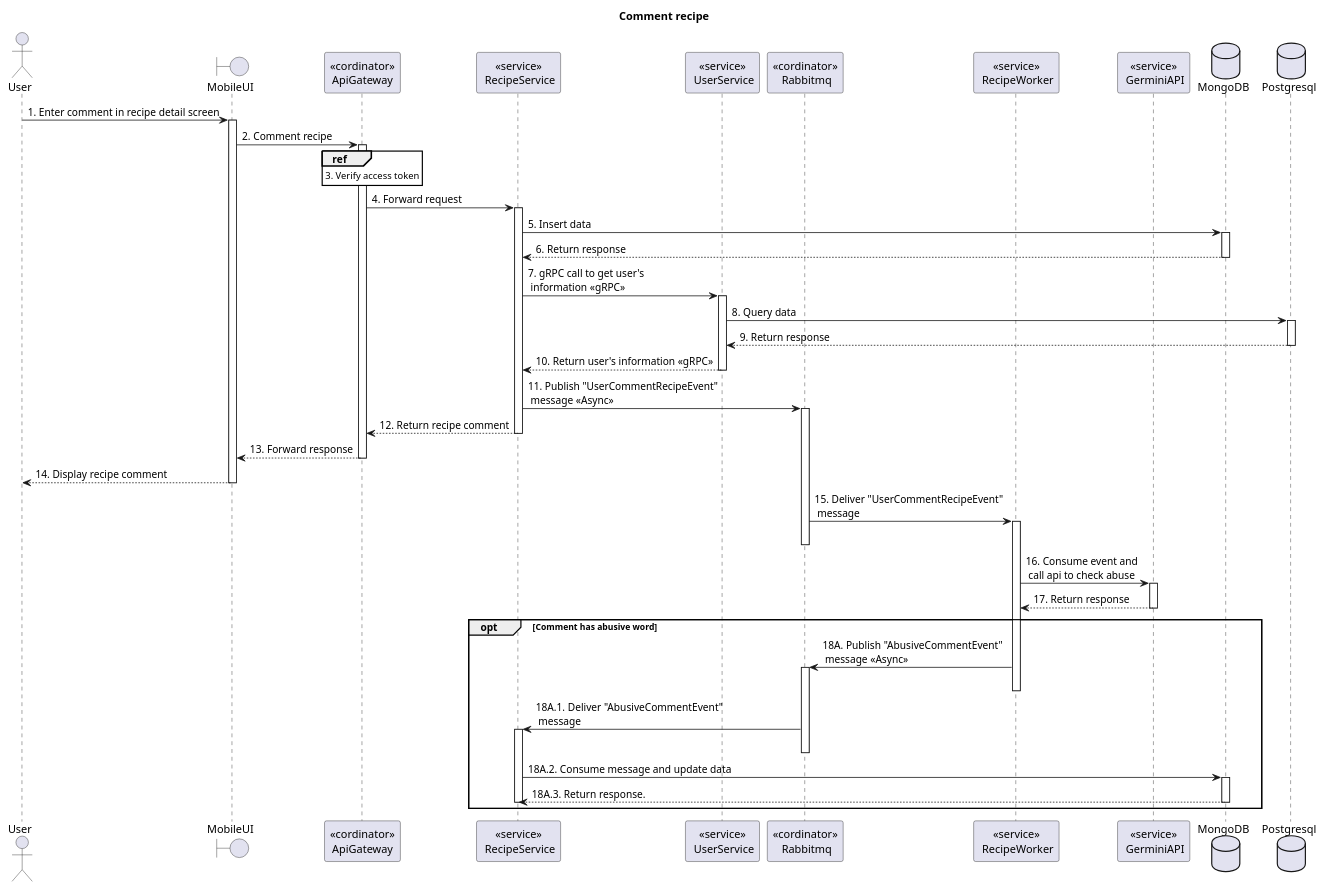
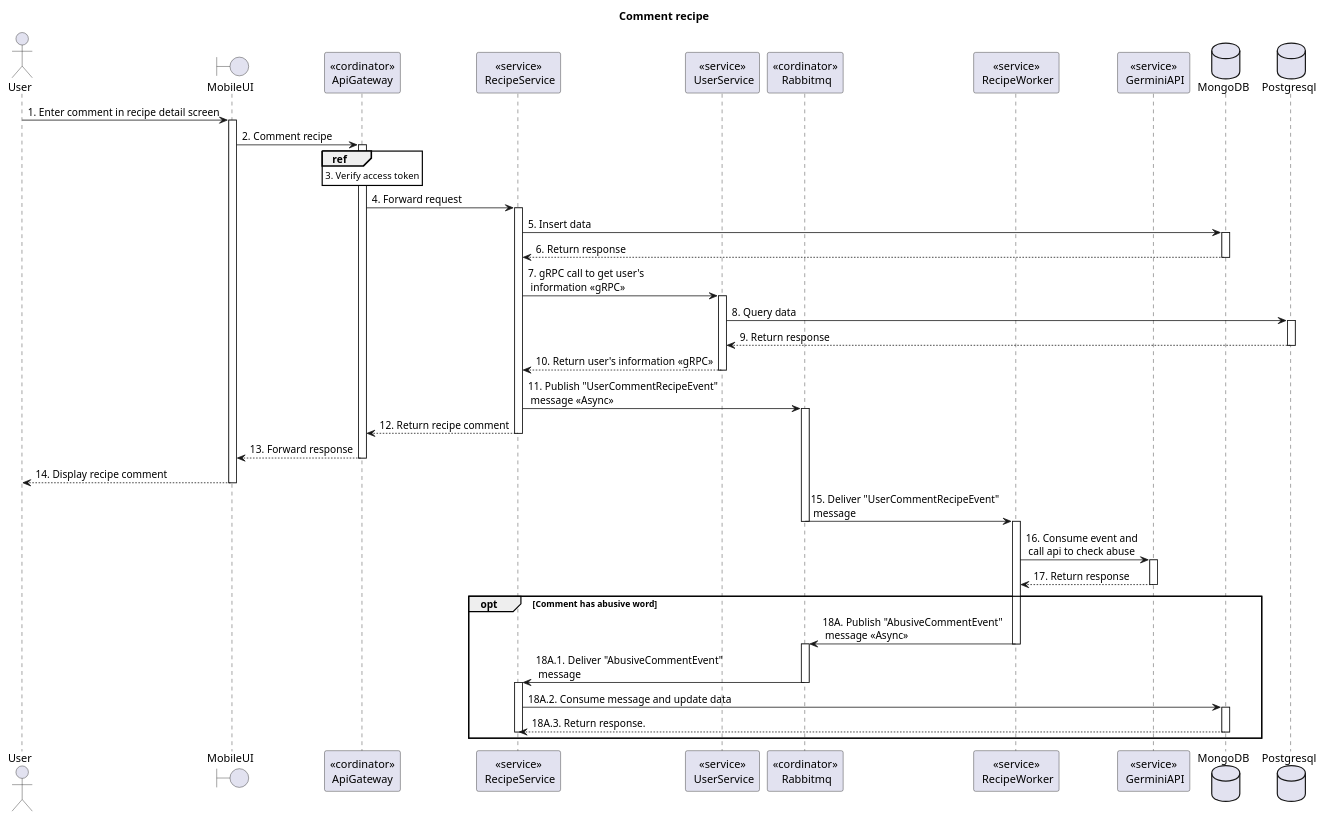
The diagram in doc/SDS/Recipe/Comment recipe/Sequence.plantuml (Carl-Johnsons/tastopia), drawn with PlantUML before and after one commit. The commit also changed 21 other files, not shown here.

Commit message:
doc: fix recipe sequence diagram

```diff
--- a/doc/SDS/Recipe/Comment recipe/Sequence.plantuml
+++ b/doc/SDS/Recipe/Comment recipe/Sequence.plantuml
@@ -1,59 +1,62 @@
 @startuml Sequence
 title "Comment recipe"
 <style>
   sequenceDiagram {
     reference {
       BackGroundColor white
     }
 }
 </style>
 
 actor User
 boundary MobileUI
 participant "<<cordinator>>\nApiGateway" as ApiGateway
 participant "<<service>>\n RecipeService" as RecipeService
 participant "<<service>>\n UserService" as UserService
 participant "<<cordinator>>\n Rabbitmq" as Rabbitmq
 participant "<<service>>\n RecipeWorker" as RecipeWorker
 participant "<<service>>\n GerminiAPI" as GerminiAPI
 database MongoDB
 database Postgresql
 
 User -> MobileUI++: 1. Enter comment in recipe detail screen
 
 MobileUI -> ApiGateway++: 2. Comment recipe
 
 ref over ApiGateway: 3. Verify access token
 
 ApiGateway -> RecipeService++: 4. Forward request
 
 RecipeService -> MongoDB++: 5. Insert data
 RecipeService <-- MongoDB--: 6. Return response
 
 RecipeService -> UserService++: 7. gRPC call to get user's \n information <<gRPC>>
 UserService -> Postgresql++: 8. Query data
 UserService <-- Postgresql--: 9. Return response
 RecipeService <-- UserService--: 10. Return user's information <<gRPC>>
 
 RecipeService -> Rabbitmq++: 11. Publish "UserCommentRecipeEvent" \n message <<Async>>
 
 ApiGateway <-- RecipeService--: 12. Return recipe comment
 MobileUI <-- ApiGateway--: 13. Forward response
 User <-- MobileUI--: 14. Display recipe comment
 
-Rabbitmq -> RecipeWorker++: 15. Deliver "UserCommentRecipeEvent"\n message
+Rabbitmq -> RecipeWorker: 15. Deliver "UserCommentRecipeEvent"\n message
 deactivate Rabbitmq
+activate RecipeWorker
 
 RecipeWorker -> GerminiAPI++: 16. Consume event and \n call api to check abuse
 RecipeWorker <-- GerminiAPI--: 17. Return response
 
 opt Comment has abusive word
-    RecipeWorker -> Rabbitmq++: 18A. Publish "AbusiveCommentEvent" \n message <<Async>>
+    RecipeWorker -> Rabbitmq: 18A. Publish "AbusiveCommentEvent" \n message <<Async>>
     deactivate RecipeWorker
-    Rabbitmq -> RecipeService++: 18A.1. Deliver "AbusiveCommentEvent"\n message
+    activate Rabbitmq
+    Rabbitmq -> RecipeService: 18A.1. Deliver "AbusiveCommentEvent"\n message
     deactivate Rabbitmq
+    activate RecipeService
     RecipeService -> MongoDB++: 18A.2. Consume message and update data
     RecipeService <-- MongoDB--: 18A.3. Return response.
     deactivate RecipeService
 end opt
 @enduml
```
